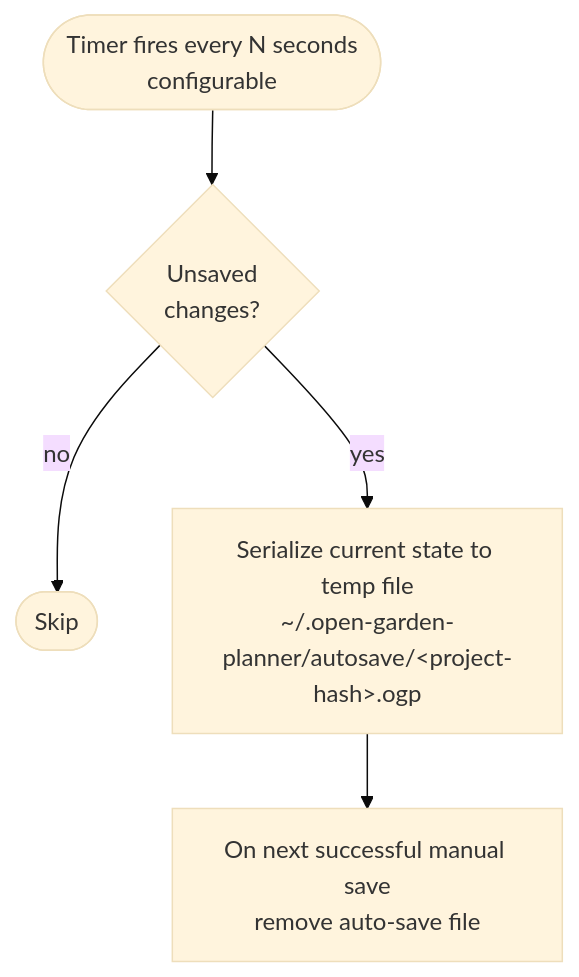
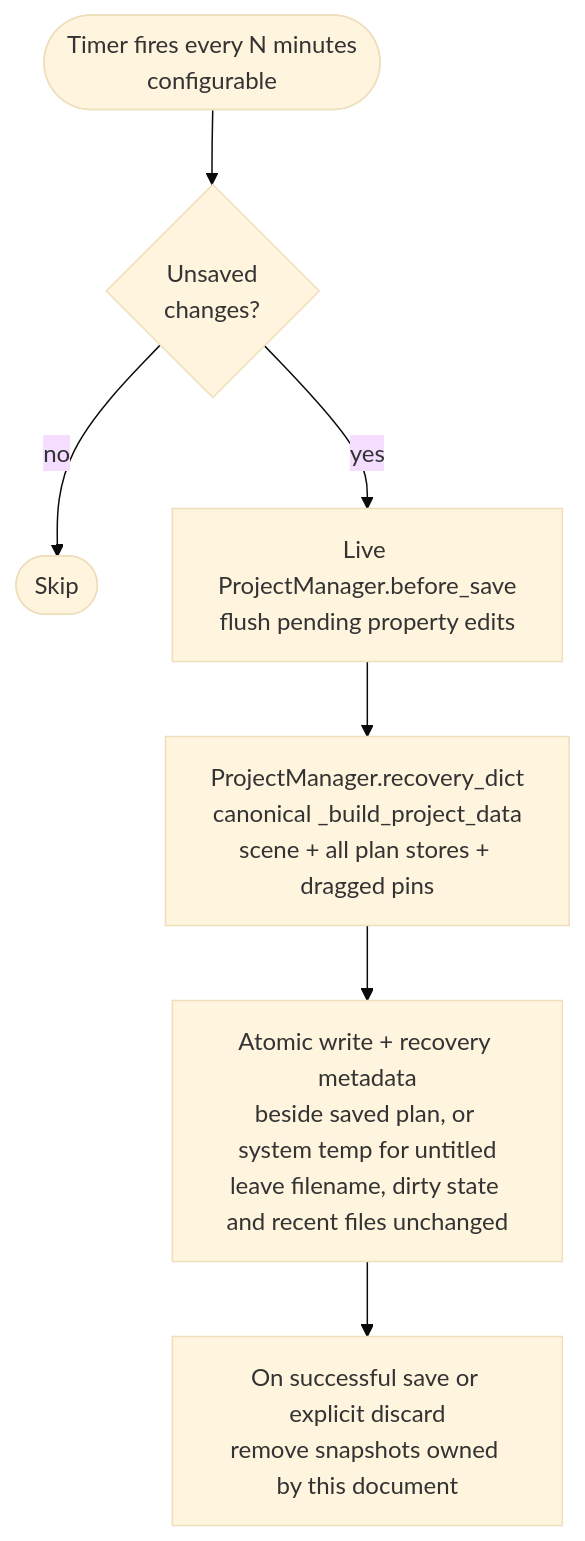
Diagram 13 of 38 in docs/06-runtime-view/README.md (cofade/open-garden-planner), drawn with Mermaid (base theme) before and after one commit. The commit also changed other lines of this file and 64 other files, not shown here.

````diff
--- a/docs/06-runtime-view/README.md
+++ b/docs/06-runtime-view/README.md
@@ -374,12 +374,14 @@
 ```mermaid
 flowchart TD
-    T([Timer fires every N seconds<br/>configurable])
+    T([Timer fires every N minutes<br/>configurable])
     Dirty{Unsaved<br/>changes?}
     Skip([Skip])
-    Ser["Serialize current state to temp file<br/>~/.open-garden-planner/autosave/&lt;project-hash&gt;.ogp"]
-    Manual[On next successful manual save<br/>remove auto-save file]
+    Flush["Live ProjectManager.before_save<br/>flush pending property edits"]
+    Build["ProjectManager.recovery_dict<br/>canonical _build_project_data<br/>scene + all plan stores + dragged pins"]
+    Ser["Atomic write + recovery metadata<br/>beside saved plan, or system temp for untitled<br/>leave filename, dirty state and recent files unchanged"]
+    Manual[On successful save or explicit discard<br/>remove snapshots owned by this document]
 
     T --> Dirty
     Dirty -->|no| Skip
-    Dirty -->|yes| Ser --> Manual
+    Dirty -->|yes| Flush --> Build --> Ser --> Manual
 ```
````
